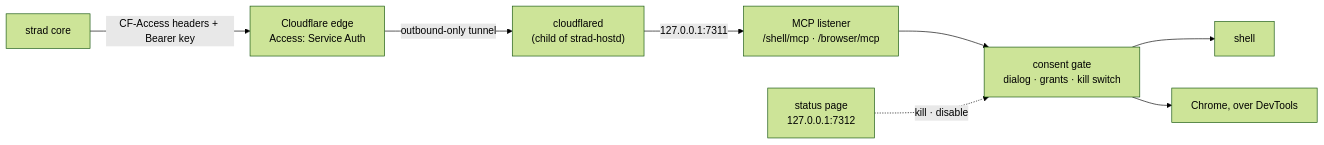
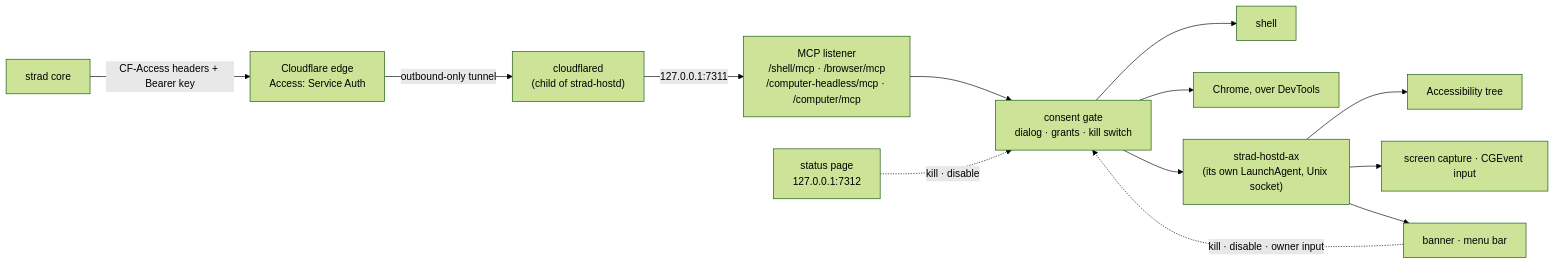
The diagram in docs/src/content/docs/servers/hostd.md (tadasant/strad), drawn with Mermaid (forest theme) before and after one commit. The commit also changed other lines of this file and 45 other files, not shown here.

First line of the commit message:
hostd: computer-use servers (Accessibility + foreground), the native helper, and the driving banner

````diff
--- a/docs/src/content/docs/servers/hostd.md
+++ b/docs/src/content/docs/servers/hostd.md
@@ -12,10 +15,15 @@
 ```mermaid
 flowchart LR
   S["strad core"] -->|"CF-Access headers + Bearer key"| E["Cloudflare edge<br/>Access: Service Auth"]
   E -->|"outbound-only tunnel"| C["cloudflared<br/>(child of strad-hostd)"]
-  C -->|"127.0.0.1:7311"| M["MCP listener<br/>/shell/mcp · /browser/mcp"]
+  C -->|"127.0.0.1:7311"| M["MCP listener<br/>/shell/mcp · /browser/mcp<br/>/computer-headless/mcp · /computer/mcp"]
   M --> G["consent gate<br/>dialog · grants · kill switch"]
   G --> SH["shell"]
   G --> BR["Chrome, over DevTools"]
+  G --> AX["strad-hostd-ax<br/>(its own LaunchAgent, Unix socket)"]
+  AX --> ACC["Accessibility tree"]
+  AX --> CG["screen capture · CGEvent input"]
+  AX --> BN["banner · menu bar"]
   P["status page<br/>127.0.0.1:7312"] -.->|"kill · disable"| G
+  BN -.->|"kill · disable · owner input"| G
 ```
````
